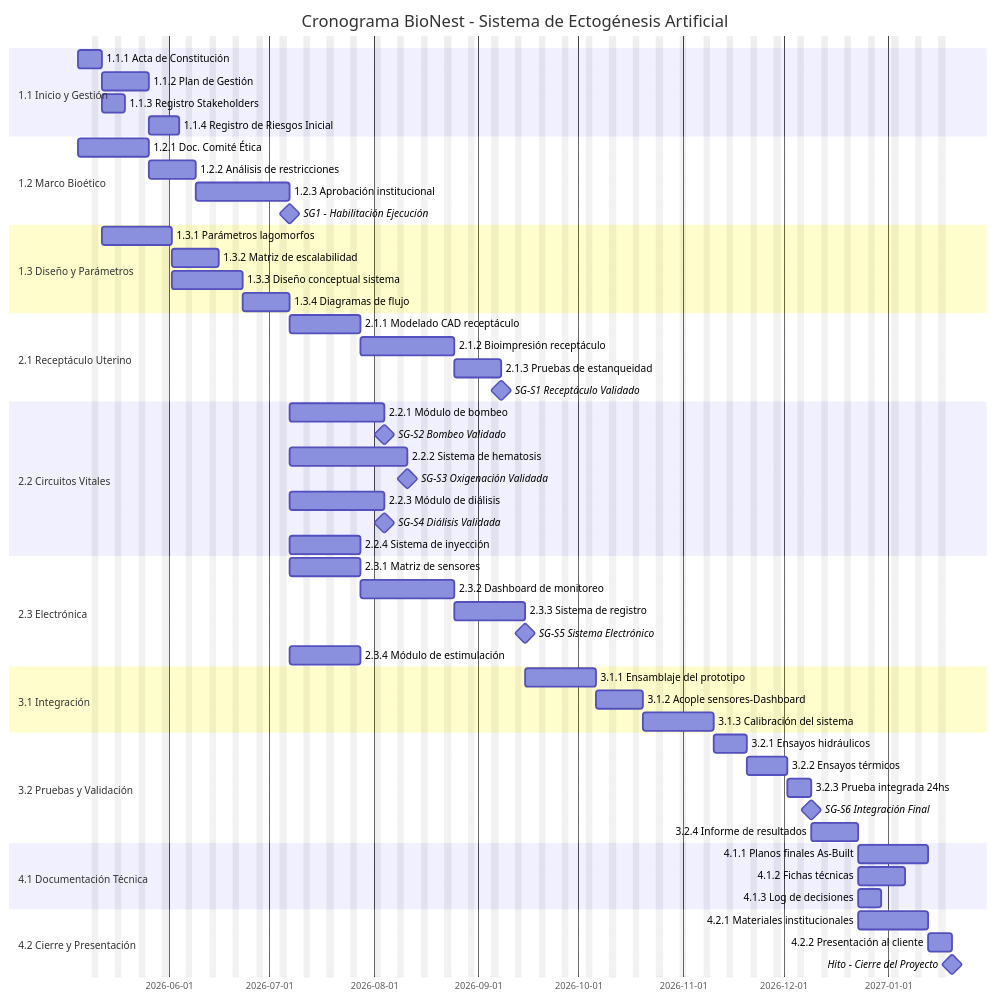
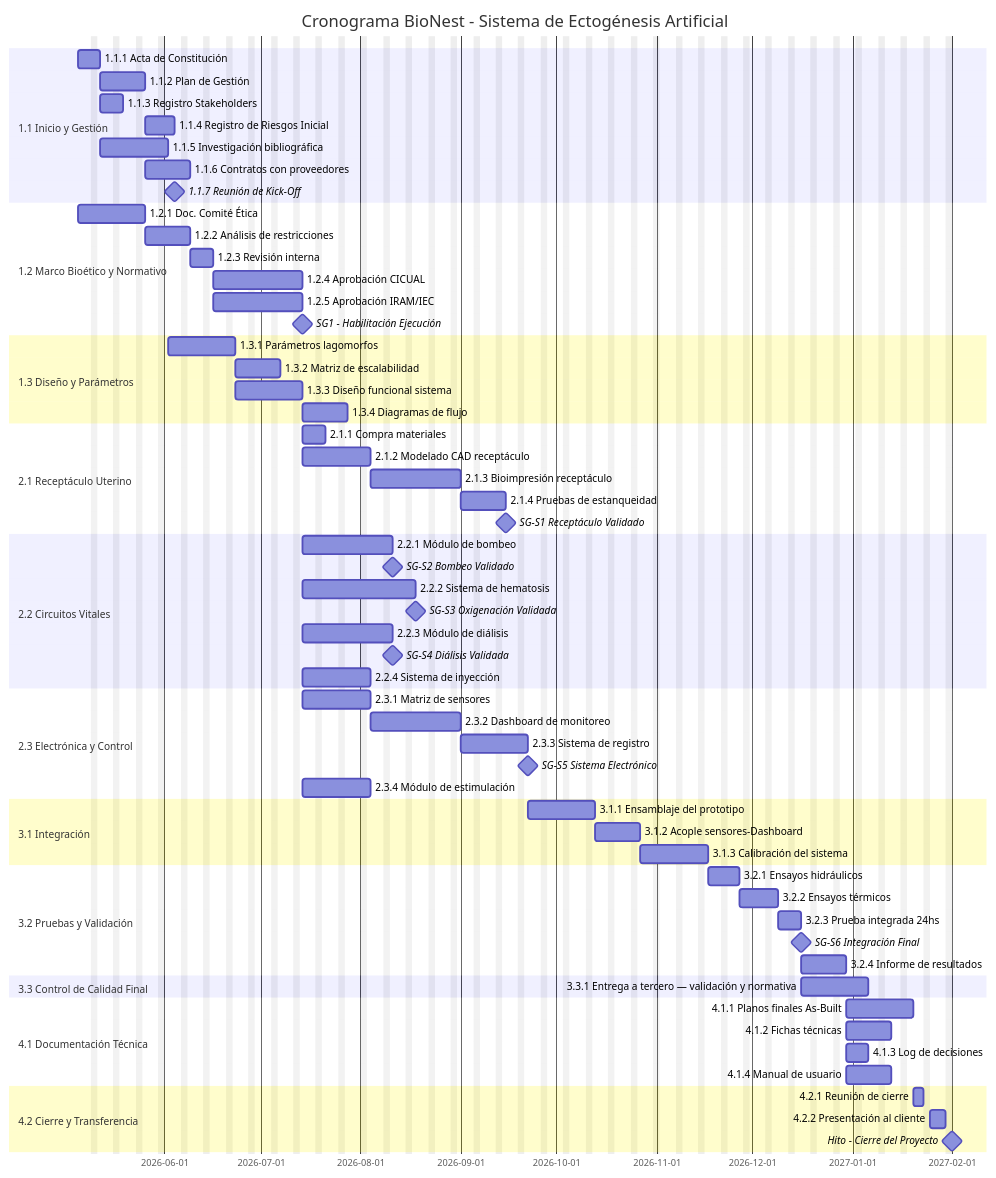
The diagram in docs/02-wbs-estimaciones/cronograma.md (sheilariffel/PlandeProyecto_grupo6), drawn with Mermaid before and after one commit. The commit also changed other lines of this file, not shown here.

````diff
--- a/docs/02-wbs-estimaciones/cronograma.md
+++ b/docs/02-wbs-estimaciones/cronograma.md
@@ -5,68 +5,78 @@
 ```mermaid
 gantt
     title Cronograma BioNest - Sistema de Ectogénesis Artificial
     dateFormat  YYYY-MM-DD
     excludes    weekends
-    
+
     section 1.1 Inicio y Gestión
     1.1.1 Acta de Constitución        :w111, 2026-05-05, 5d
     1.1.2 Plan de Gestión             :w112, after w111, 10d
     1.1.3 Registro Stakeholders       :w113, after w111, 5d
     1.1.4 Registro de Riesgos Inicial :w114, after w112, 7d
-    
-    section 1.2 Marco Bioético
+    1.1.5 Investigación bibliográfica :w115, after w111, 15d
+    1.1.6 Contratos con proveedores   :w116, after w112, 10d
+    1.1.7 Reunión de Kick-Off         :milestone, w117, after w114, 0d
+
+    section 1.2 Marco Bioético y Normativo
     1.2.1 Doc. Comité Ética           :w121, 2026-05-05, 15d
     1.2.2 Análisis de restricciones   :w122, after w121, 10d
-    1.2.3 Aprobación institucional    :w123, after w122, 20d
-    SG1 - Habilitación Ejecución      :milestone, sg1, after w123, 0d
-    
+    1.2.3 Revisión interna            :w123, after w122, 5d
+    1.2.4 Aprobación CICUAL           :w124, after w123, 20d
+    1.2.5 Aprobación IRAM/IEC         :w125, after w123, 20d
+    SG1 - Habilitación Ejecución      :milestone, sg1, after w124 w125, 0d
+
     section 1.3 Diseño y Parámetros
-    1.3.1 Parámetros lagomorfos       :w131, after w111, 15d
+    1.3.1 Parámetros lagomorfos       :w131, after w115, 15d
     1.3.2 Matriz de escalabilidad     :w132, after w131, 10d
-    1.3.3 Diseño conceptual sistema   :w133, after w131, 15d
+    1.3.3 Diseño funcional sistema    :w133, after w131, 15d
     1.3.4 Diagramas de flujo          :w134, after w133, 10d
-    
+
     section 2.1 Receptáculo Uterino
-    2.1.1 Modelado CAD receptáculo    :w211, after sg1, 15d
-    2.1.2 Bioimpresión receptáculo    :w212, after w211, 20d
-    2.1.3 Pruebas de estanqueidad     :w213, after w212, 10d
+    2.1.1 Compra materiales           :w211c, after sg1, 5d
+    2.1.2 Modelado CAD receptáculo    :w211, after sg1, 15d
+    2.1.3 Bioimpresión receptáculo    :w212, after w211, 20d
+    2.1.4 Pruebas de estanqueidad     :w213, after w212, 10d
     SG-S1 Receptáculo Validado        :milestone, sgs1, after w213, 0d
-    
+
     section 2.2 Circuitos Vitales
     2.2.1 Módulo de bombeo            :w221, after sg1, 20d
     SG-S2 Bombeo Validado             :milestone, sgs2, after w221, 0d
     2.2.2 Sistema de hematosis        :w222, after sg1, 25d
     SG-S3 Oxigenación Validada        :milestone, sgs3, after w222, 0d
     2.2.3 Módulo de diálisis          :w223, after sg1, 20d
     SG-S4 Diálisis Validada           :milestone, sgs4, after w223, 0d
     2.2.4 Sistema de inyección        :w224, after sg1, 15d
-    
-    section 2.3 Electrónica
+
+    section 2.3 Electrónica y Control
     2.3.1 Matriz de sensores          :w231, after sg1, 15d
     2.3.2 Dashboard de monitoreo      :w232, after w231, 20d
     2.3.3 Sistema de registro         :w233, after w232, 15d
     SG-S5 Sistema Electrónico         :milestone, sgs5, after w233, 0d
     2.3.4 Módulo de estimulación      :w234, after sg1, 15d
-    
+
     section 3.1 Integración
     3.1.1 Ensamblaje del prototipo    :w311, after sgs1 sgs2 sgs3 sgs4 sgs5, 15d
     3.1.2 Acople sensores-Dashboard   :w312, after w311, 10d
     3.1.3 Calibración del sistema     :w313, after w312, 15d
-    
+
     section 3.2 Pruebas y Validación
     3.2.1 Ensayos hidráulicos         :w321, after w313, 8d
     3.2.2 Ensayos térmicos            :w322, after w321, 8d
     3.2.3 Prueba integrada 24hs       :w323, after w322, 5d
     SG-S6 Integración Final           :milestone, sgs6, after w323, 0d
     3.2.4 Informe de resultados       :w324, after sgs6, 10d
-    
+
+    section 3.3 Control de Calidad Final
+    3.3.1 Entrega a tercero — validación y normativa :w331, after sgs6, 15d
+
     section 4.1 Documentación Técnica
     4.1.1 Planos finales As-Built     :w411, after w324, 15d
     4.1.2 Fichas técnicas             :w412, after w324, 10d
     4.1.3 Log de decisiones           :w413, after w324, 5d
-    
-    section 4.2 Cierre y Presentación
-    4.2.1 Materiales institucionales  :w421, after w324, 15d
+    4.1.4 Manual de usuario           :w414, after w324, 10d
+
+    section 4.2 Cierre y Transferencia
+    4.2.1 Reunión de cierre           :w421, after w331 w411 w412 w413 w414, 3d
     4.2.2 Presentación al cliente     :w422, after w421, 5d
     Hito - Cierre del Proyecto        :milestone, final, after w422, 0d
 ```
````
